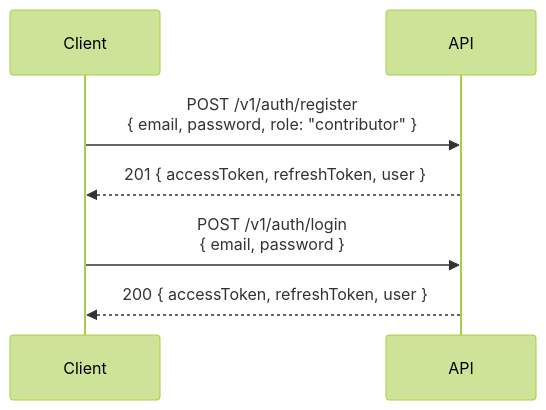
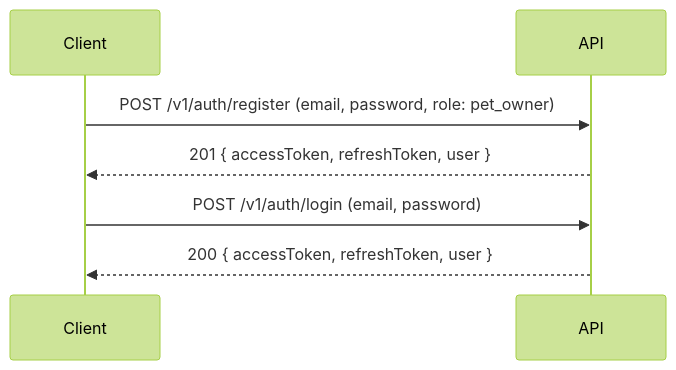
One commit to dataGriff/pet.insurance.domain.app.v1 changed the first of 6 diagrams in docs/specifications/sequence-diagrams.md. Above: the diagram before and after it, drawn with Mermaid (forest theme). The commit also changed other lines of this file and 22 other files, not shown here.

````diff
--- a/docs/specifications/sequence-diagrams.md
+++ b/docs/specifications/sequence-diagrams.md
@@ -10,11 +15,11 @@
 ```mermaid
 sequenceDiagram
     participant Client
     participant API
 
-    Client->>API: POST /v1/auth/register<br/>{ email, password, role: "contributor" }
+    Client->>API: POST /v1/auth/register (email, password, role: pet_owner)
     API-->>Client: 201 { accessToken, refreshToken, user }
 
-    Client->>API: POST /v1/auth/login<br/>{ email, password }
+    Client->>API: POST /v1/auth/login (email, password)
     API-->>Client: 200 { accessToken, refreshToken, user }
 ```
````
